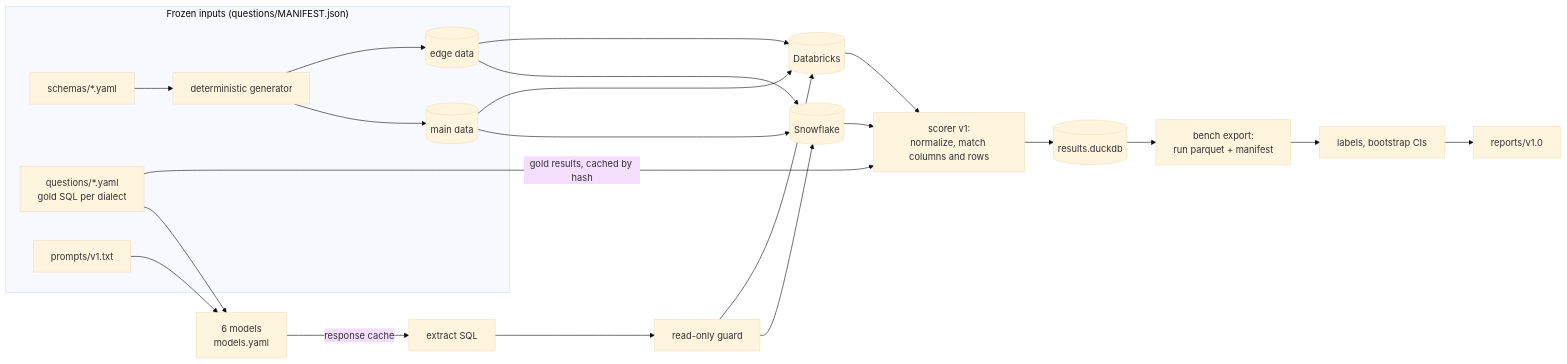
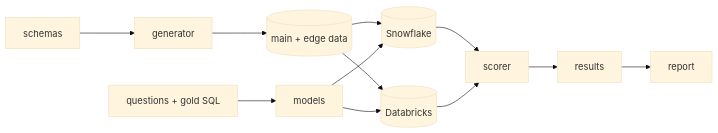
One commit to ajitsxro/warehouse-sql-bench changed the diagram in README.md. Above: the diagram before and after it, drawn with Mermaid (base theme). The commit also changed other lines of this file and 1 other file, not shown here.

````diff
--- a/README.md
+++ b/README.md
@@ -55,27 +43,12 @@
 ```mermaid
 flowchart LR
-    subgraph inputs["Frozen inputs (questions/MANIFEST.json)"]
-        S[schemas/*.yaml] --> G[deterministic generator]
-        G --> M[(main data)]
-        G --> E[(edge data)]
-        Q[questions/*.yaml<br/>gold SQL per dialect]
-        P[prompts/v1.txt]
-    end
-    M --> SF[(Snowflake)]
-    E --> SF
-    M --> DB[(Databricks)]
-    E --> DB
-    P --> LLM[6 models<br/>models.yaml]
-    Q --> LLM
-    LLM -->|response cache| X[extract SQL]
-    X --> GU[read-only guard]
-    GU --> SF
-    GU --> DB
-    SF --> SC[scorer v1:<br/>normalize, match columns and rows]
+    S[schemas] --> G[generator] --> D[(main + edge data)]
+    D --> SF[(Snowflake)]
+    D --> DB[(Databricks)]
+    Q[questions + gold SQL] --> M[models]
+    M --> SF
+    M --> DB
+    SF --> SC[scorer]
     DB --> SC
-    Q -->|gold results, cached by hash| SC
-    SC --> R[(results.duckdb)]
-    R --> EX[bench export:<br/>run parquet + manifest]
-    EX --> A[labels, bootstrap CIs]
-    A --> REP[reports/v1.0]
+    SC --> R[results] --> REP[report]
 ```
````
